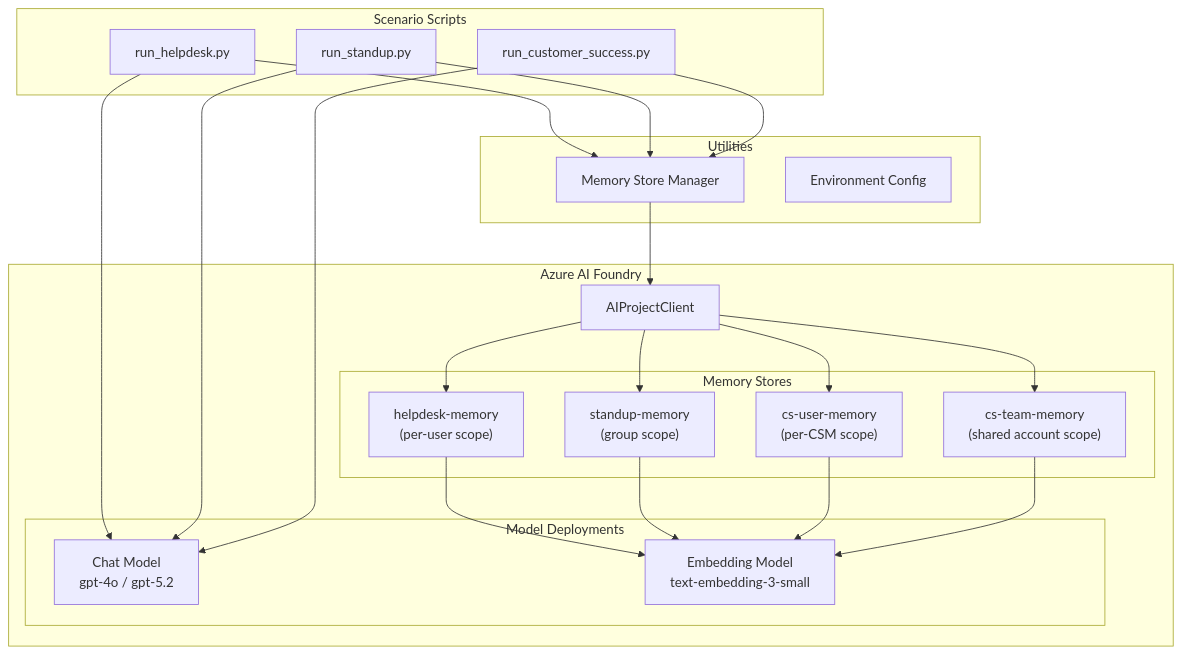
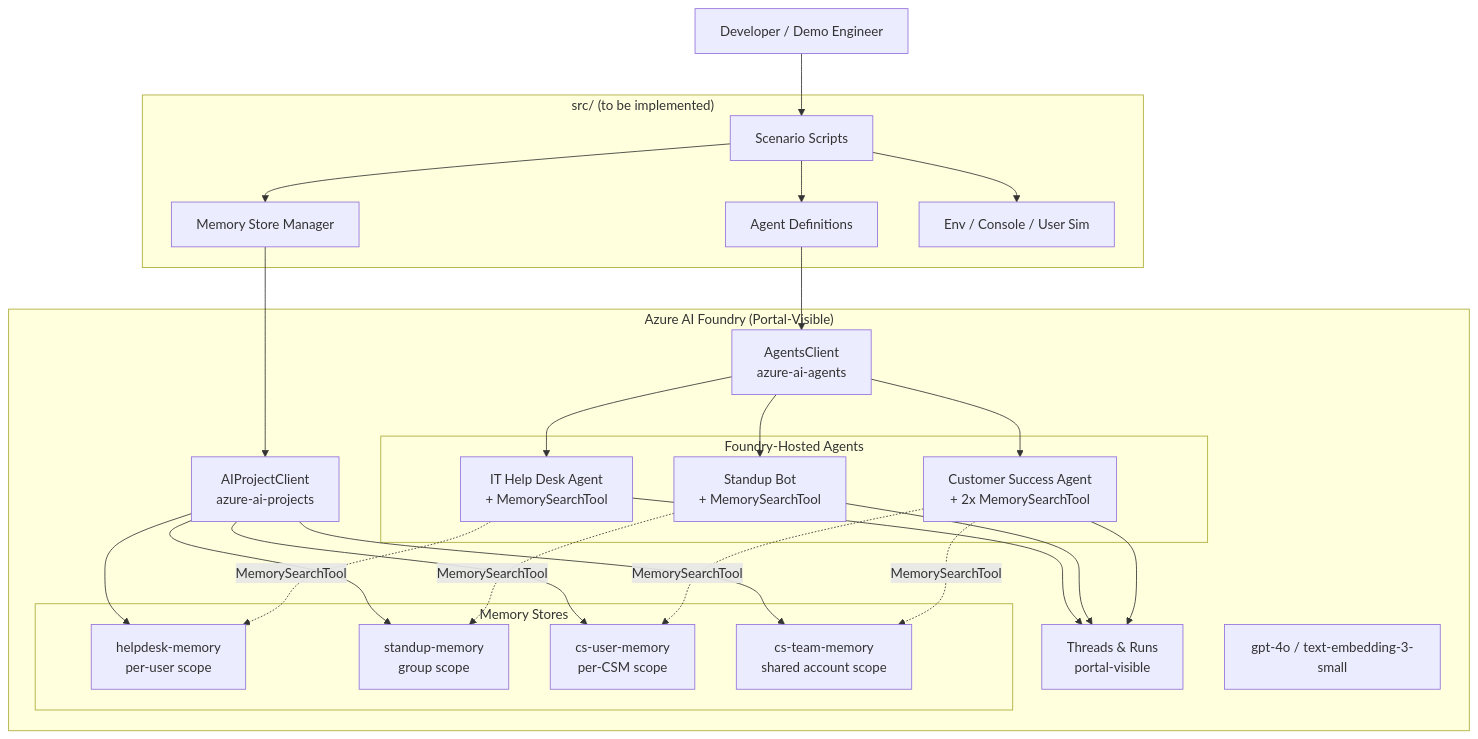
Before and after one commit to JDGrillo/foundry-agent-memory: the diagram in README.md, drawn with Mermaid. The commit also changed other lines of this file, not shown here.

````diff
--- a/README.md
+++ b/README.md
@@ -17,43 +40,50 @@
 ```mermaid
 graph TB
-    subgraph "Scenario Scripts"
-        S1[run_helpdesk.py]
-        S2[run_standup.py]
-        S3[run_customer_success.py]
+    Dev[Developer / Demo Engineer]
+
+    subgraph "src/ (to be implemented)"
+        Scripts[Scenario Scripts]
+        Mem[Memory Store Manager]
+        Agents[Agent Definitions]
+        Common[Env / Console / User Sim]
     end
 
-    subgraph "Utilities"
-        MM[Memory Store Manager]
-        ENV[Environment Config]
+    subgraph "Azure AI Foundry (Portal-Visible)"
+        AIP[AIProjectClient<br/>azure-ai-projects]
+        AC[AgentsClient<br/>azure-ai-agents]
+        subgraph "Memory Stores"
+            MS1["helpdesk-memory<br/>per-user scope"]
+            MS2["standup-memory<br/>group scope"]
+            MS3a["cs-user-memory<br/>per-CSM scope"]
+            MS3b["cs-team-memory<br/>shared account scope"]
+        end
+        subgraph "Foundry-Hosted Agents"
+            A1["IT Help Desk Agent<br/>+ MemorySearchTool"]
+            A2["Standup Bot<br/>+ MemorySearchTool"]
+            A3["Customer Success Agent<br/>+ 2x MemorySearchTool"]
+        end
+        Threads[Threads & Runs<br/>portal-visible]
+        Models[gpt-4o / text-embedding-3-small]
     end
 
-    subgraph "Azure AI Foundry"
-        AIP[AIProjectClient]
-        subgraph "Memory Stores"
-            MS1["helpdesk-memory<br/>(per-user scope)"]
-            MS2["standup-memory<br/>(group scope)"]
-            MS3a["cs-user-memory<br/>(per-CSM scope)"]
-            MS3b["cs-team-memory<br/>(shared account scope)"]
-        end
-        subgraph "Model Deployments"
-            Chat["Chat Model<br/>gpt-4o / gpt-5.2"]
-            Embed["Embedding Model<br/>text-embedding-3-small"]
-        end
-    end
-
-    S1 --> MM
-    S2 --> MM
-    S3 --> MM
-    MM --> AIP
+    Dev --> Scripts
+    Scripts --> Mem
+    Scripts --> Agents
+    Scripts --> Common
+    Mem --> AIP
+    Agents --> AC
     AIP --> MS1
     AIP --> MS2
     AIP --> MS3a
     AIP --> MS3b
-    MS1 --> Embed
-    MS2 --> Embed
-    MS3a --> Embed
-    MS3b --> Embed
-    S1 --> Chat
-    S2 --> Chat
-    S3 --> Chat
+    AC --> A1
+    AC --> A2
+    AC --> A3
+    A1 -.->|MemorySearchTool| MS1
+    A2 -.->|MemorySearchTool| MS2
+    A3 -.->|MemorySearchTool| MS3a
+    A3 -.->|MemorySearchTool| MS3b
+    A1 --> Threads
+    A2 --> Threads
+    A3 --> Threads
 ```
````
